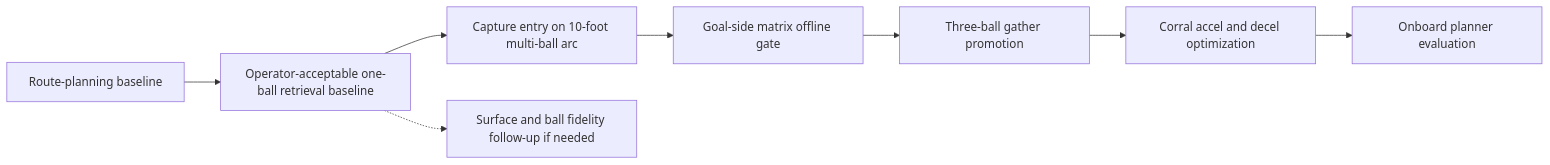
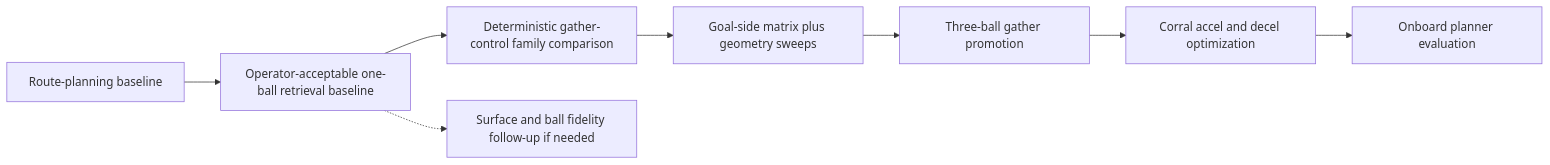
Before and after one commit to fsmalkin/chasebot: the diagram in docs/ROADMAP_2026_H2.md, drawn with Mermaid. The commit also changed other lines of this file and 12 other files, not shown here.

````diff
--- a/docs/ROADMAP_2026_H2.md
+++ b/docs/ROADMAP_2026_H2.md
@@ -156,10 +160,10 @@
 ```mermaid
 flowchart LR
     A[Route-planning baseline] --> B[Operator-acceptable one-ball retrieval baseline]
-    B --> C[Capture entry on 10-foot multi-ball arc]
-    C --> D[Goal-side matrix offline gate]
+    B --> C[Deterministic gather-control family comparison]
+    C --> D[Goal-side matrix plus geometry sweeps]
     D --> E[Three-ball gather promotion]
     E --> F[Corral accel and decel optimization]
     F --> G[Onboard planner evaluation]
     B -.-> H[Surface and ball fidelity follow-up if needed]
 ```
````
